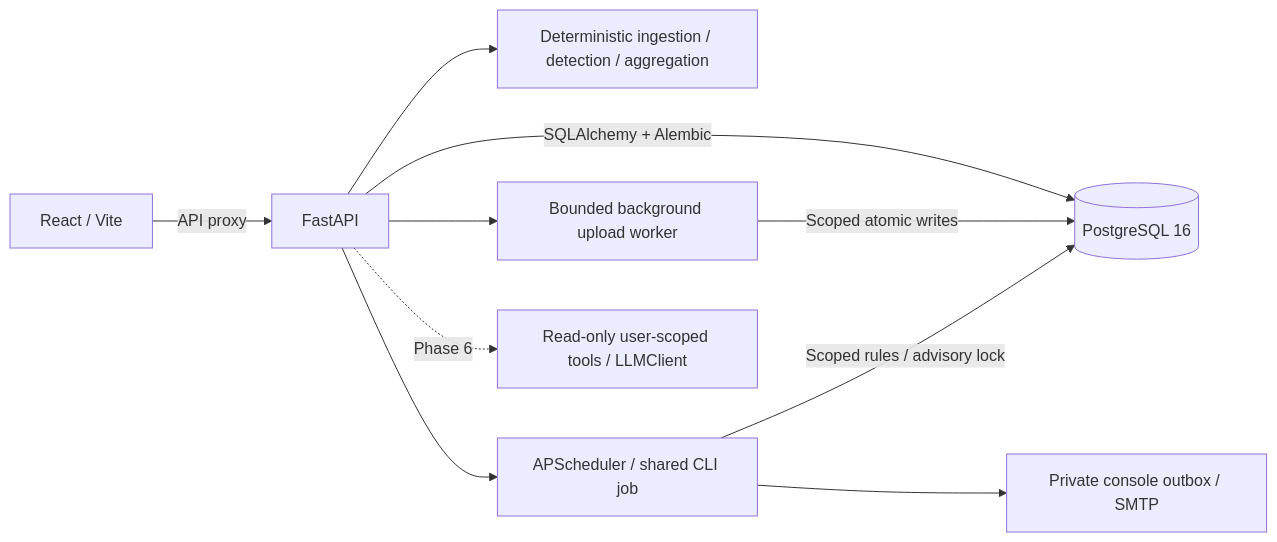
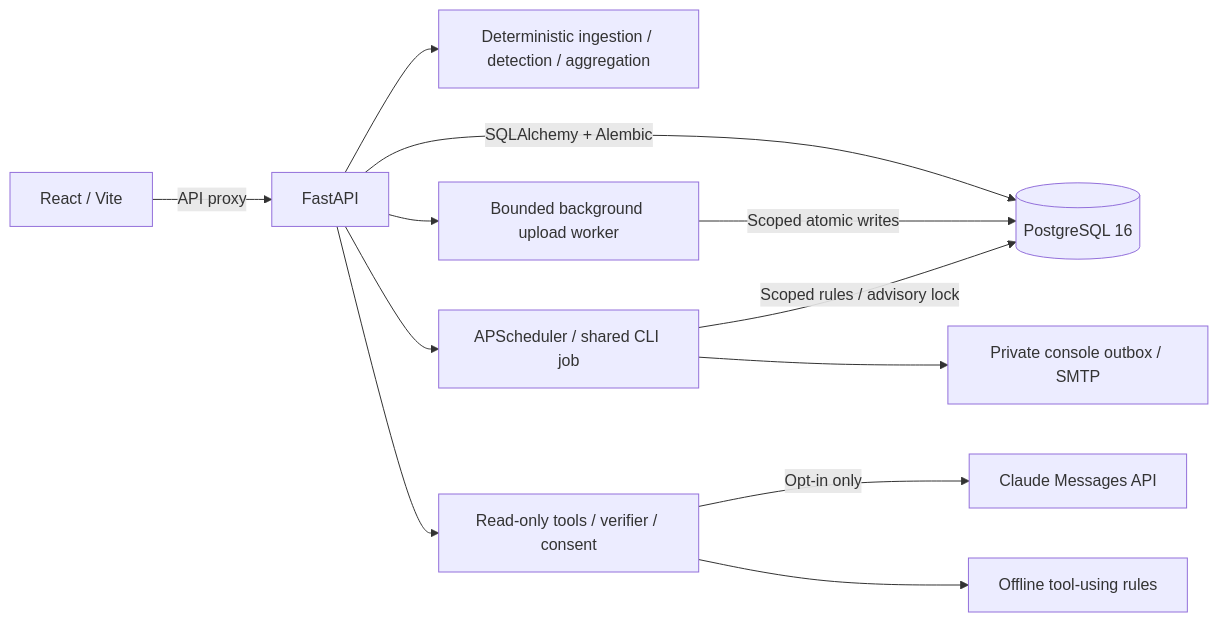
One commit to devendrarajsingh07/AI-Powered-Subscription-Recurring-Payment-Manager changed the diagram in README.md. Above: the diagram before and after it, drawn with Mermaid. The commit also changed other lines of this file and 20 other files, not shown here.

````diff
--- a/README.md
+++ b/README.md
@@ -274,12 +360,14 @@
 ```mermaid
 flowchart LR
     Browser[React / Vite] -->|API proxy| API[FastAPI]
     API -->|SQLAlchemy + Alembic| DB[(PostgreSQL 16)]
     API --> Rules[Deterministic ingestion / detection / aggregation]
     API --> Worker[Bounded background upload worker]
     Worker -->|Scoped atomic writes| DB
     API --> Jobs[APScheduler / shared CLI job]
     Jobs -->|Scoped rules / advisory lock| DB
     Jobs --> Notifier[Private console outbox / SMTP]
-    API -. Phase 6 .-> Chat[Read-only user-scoped tools / LLMClient]
+    API --> Chat[Read-only tools / verifier / consent]
+    Chat -->|Opt-in only| Claude[Claude Messages API]
+    Chat --> Offline[Offline tool-using rules]
 ```
````
